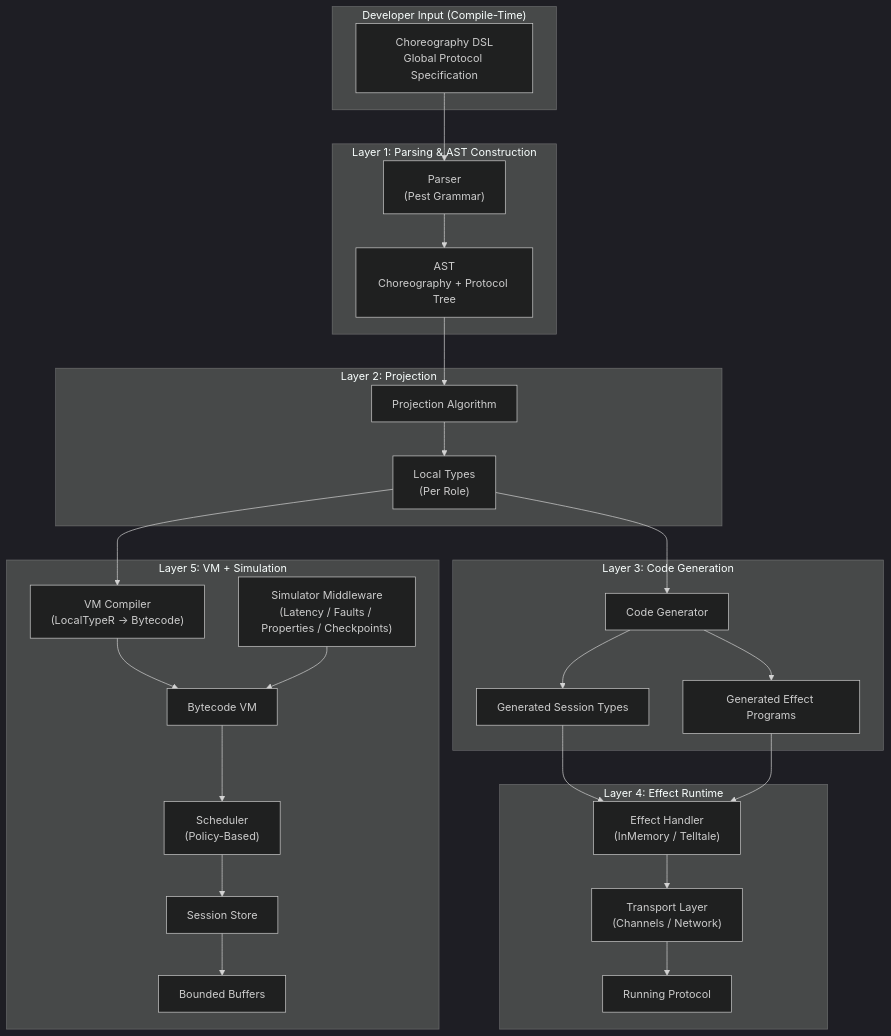
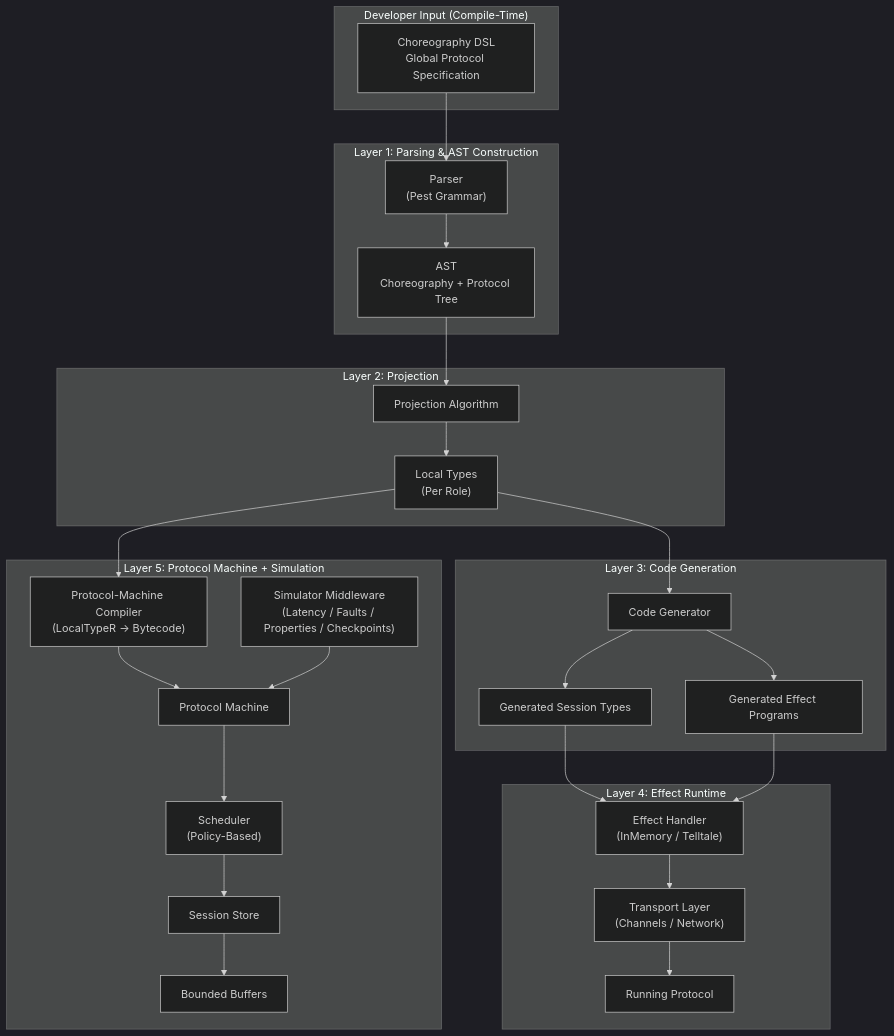
The diagram in docs/03_architecture.md (hxrts/telltale), drawn with Mermaid (dark theme) before and after one commit. The commit also changed other lines of this file and 58 other files, not shown here.

Commit message:
docs: finalize protocol-machine architecture cutover

````diff
--- a/docs/03_architecture.md
+++ b/docs/03_architecture.md
@@ -17,55 +17,55 @@
 ```mermaid
 graph TB
     subgraph Input["Developer Input (Compile-Time)"]
         DSL["Choreography DSL<br/>Global Protocol Specification"]
     end
 
     subgraph Layer1["Layer 1: Parsing & AST Construction"]
         Parser["Parser<br/>(Pest Grammar)"]
         AST["AST<br/>Choreography + Protocol Tree"]
     end
 
     subgraph Layer2["Layer 2: Projection"]
         Proj["Projection Algorithm"]
         LT["Local Types<br/>(Per Role)"]
     end
 
     subgraph Layer3["Layer 3: Code Generation"]
         CodeGen["Code Generator"]
         Session["Generated Session Types"]
         Effects["Generated Effect Programs"]
     end
 
     subgraph Layer4["Layer 4: Effect Runtime"]
         Handler["Effect Handler<br/>(InMemory / Telltale)"]
         Transport["Transport Layer<br/>(Channels / Network)"]
         Exec["Running Protocol"]
     end
 
-    subgraph Layer5["Layer 5: VM + Simulation"]
-        VMCompiler["VM Compiler<br/>(LocalTypeR → Bytecode)"]
-        VM["Bytecode VM"]
+    subgraph Layer5["Layer 5: Protocol Machine + Simulation"]
+        VMCompiler["Protocol-Machine Compiler<br/>(LocalTypeR → Bytecode)"]
+        VM["Protocol Machine"]
         Scheduler["Scheduler<br/>(Policy-Based)"]
         Sessions["Session Store"]
         Buffers["Bounded Buffers"]
         Middleware["Simulator Middleware<br/>(Latency / Faults / Properties / Checkpoints)"]
     end
 
     DSL --> Parser
     Parser --> AST
     AST --> Proj
     Proj --> LT
     LT --> CodeGen
     CodeGen --> Session
     CodeGen --> Effects
     Session --> Handler
     Effects --> Handler
     Handler --> Transport
     Transport --> Exec
     LT --> VMCompiler
     VMCompiler --> VM
     VM --> Scheduler
     Scheduler --> Sessions
     Sessions --> Buffers
     Middleware --> VM
 ```
````
